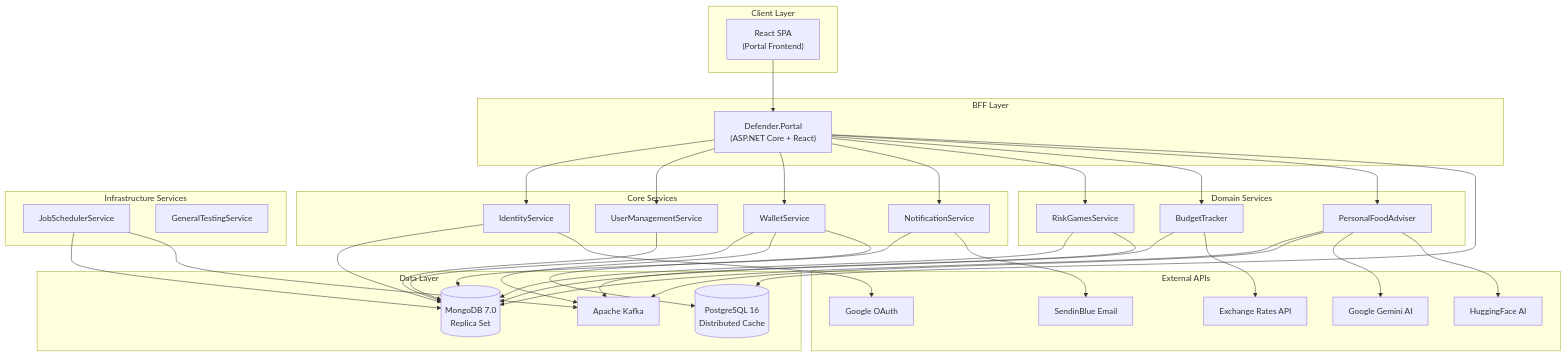
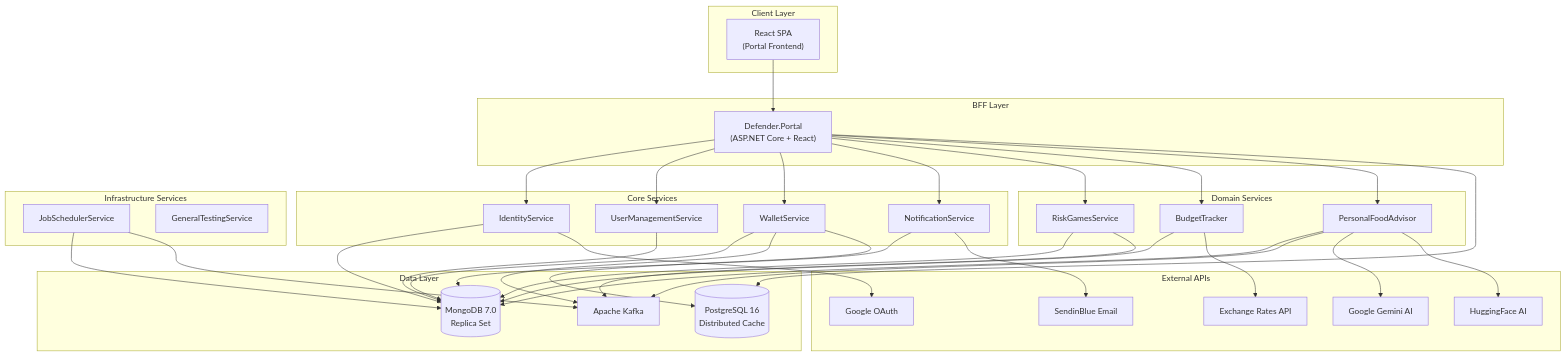
Before and after one commit to SelDanilEv/Defender.MonoRepo: the first of 5 diagrams in docs/PROJECT-OVERVIEW.md, drawn with Mermaid. The commit also changed other lines of this file and 365 other files, not shown here.

Commit message:
Rename Adviser to Advisor across repository

````diff
--- a/docs/PROJECT-OVERVIEW.md
+++ b/docs/PROJECT-OVERVIEW.md
@@ -33,72 +33,72 @@
 ```mermaid
 graph TB
     subgraph clientLayer [Client Layer]
         SPA["React SPA<br/>(Portal Frontend)"]
     end
 
     subgraph bff [BFF Layer]
         Portal["Defender.Portal<br/>(ASP.NET Core + React)"]
     end
 
     subgraph coreServices [Core Services]
         Identity["IdentityService"]
         UserMgmt["UserManagementService"]
         Wallet["WalletService"]
         Notification["NotificationService"]
     end
 
     subgraph domainServices [Domain Services]
         RiskGames["RiskGamesService"]
         BudgetTracker["BudgetTracker"]
-        FoodAdviser["PersonalFoodAdviser"]
+        FoodAdvisor["PersonalFoodAdvisor"]
     end
 
     subgraph infra [Infrastructure Services]
         JobScheduler["JobSchedulerService"]
         GeneralTesting["GeneralTestingService"]
     end
 
     subgraph dataLayer [Data Layer]
         MongoDB[("MongoDB 7.0<br/>Replica Set")]
         Postgres[("PostgreSQL 16<br/>Distributed Cache")]
         Kafka["Apache Kafka"]
     end
 
     subgraph external [External APIs]
         Google["Google OAuth"]
         SendinBlue["SendinBlue Email"]
         Gemini["Google Gemini AI"]
         HuggingFace["HuggingFace AI"]
         ExchangeRates["Exchange Rates API"]
     end
 
     SPA --> Portal
     Portal --> Identity
     Portal --> UserMgmt
     Portal --> Wallet
     Portal --> Notification
     Portal --> RiskGames
     Portal --> BudgetTracker
-    Portal --> FoodAdviser
+    Portal --> FoodAdvisor
 
     Identity --> MongoDB
     UserMgmt --> MongoDB
     Wallet --> MongoDB
     Wallet --> Kafka
     Wallet --> Postgres
     Notification --> MongoDB
     RiskGames --> MongoDB
     RiskGames --> Kafka
     BudgetTracker --> MongoDB
-    FoodAdviser --> MongoDB
-    FoodAdviser --> Kafka
+    FoodAdvisor --> MongoDB
+    FoodAdvisor --> Kafka
     JobScheduler --> MongoDB
     JobScheduler --> Kafka
     Portal --> Postgres
 
     Identity --> Google
     Notification --> SendinBlue
-    FoodAdviser --> Gemini
-    FoodAdviser --> HuggingFace
+    FoodAdvisor --> Gemini
+    FoodAdvisor --> HuggingFace
     BudgetTracker --> ExchangeRates
 ```
````
